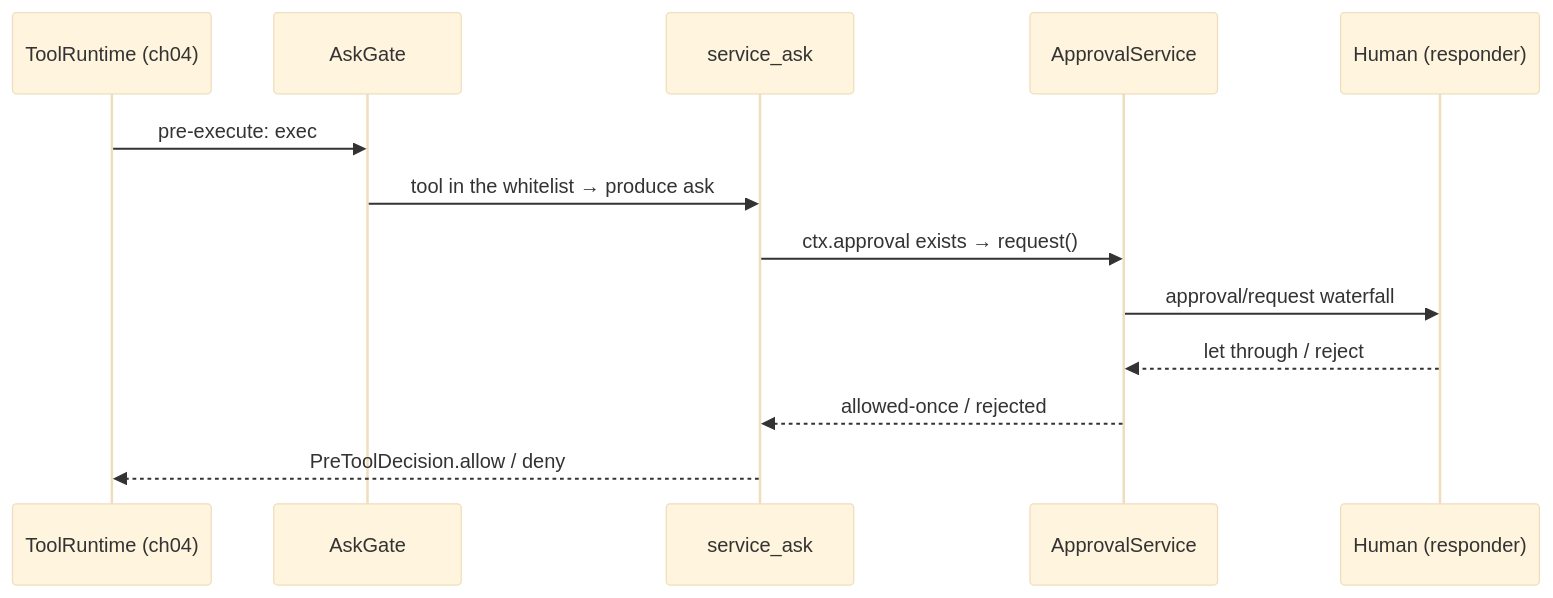
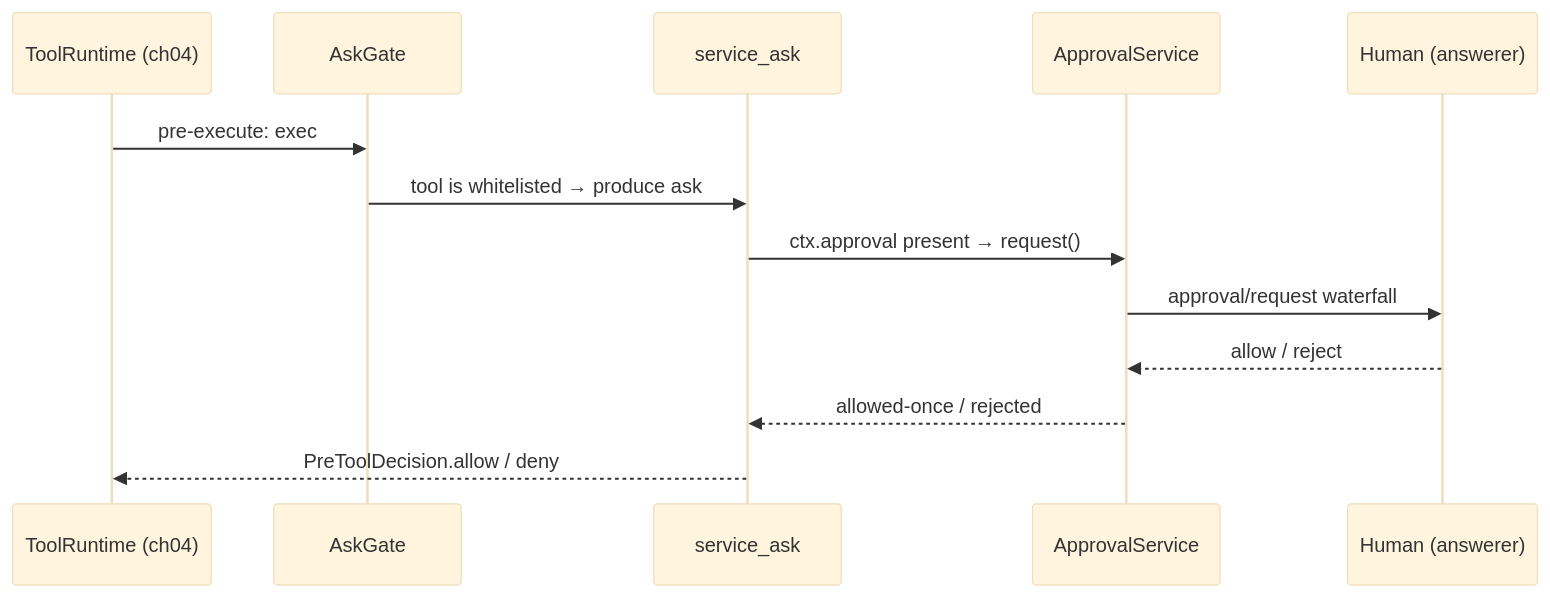
One commit to ChenYu1991ppak/deepseek-harness-anatomy changed the second of 2 diagrams in ch14/ch14-interaction-permission-goal-plan_en.md. Above: the diagram before and after it, drawn with Mermaid (base theme). The commit also changed other lines of this file and 124 other files, not shown here.

````diff
--- a/ch14/ch14-interaction-permission-goal-plan_en.md
+++ b/ch14/ch14-interaction-permission-goal-plan_en.md
@@ -305,16 +321,16 @@
 ```mermaid
 sequenceDiagram
     participant T as ToolRuntime (ch04)
     participant G as AskGate
     participant S as service_ask
     participant A as ApprovalService
-    participant H as Human (responder)
+    participant H as Human (answerer)
 
     T->>G: pre-execute: exec
-    G->>S: tool in the whitelist → produce ask
-    S->>A: ctx.approval exists → request()
+    G->>S: tool is whitelisted → produce ask
+    S->>A: ctx.approval present → request()
     A->>H: approval/request waterfall
-    H-->>A: let through / reject
+    H-->>A: allow / reject
     A-->>S: allowed-once / rejected
     S-->>T: PreToolDecision.allow / deny
 ```
````
